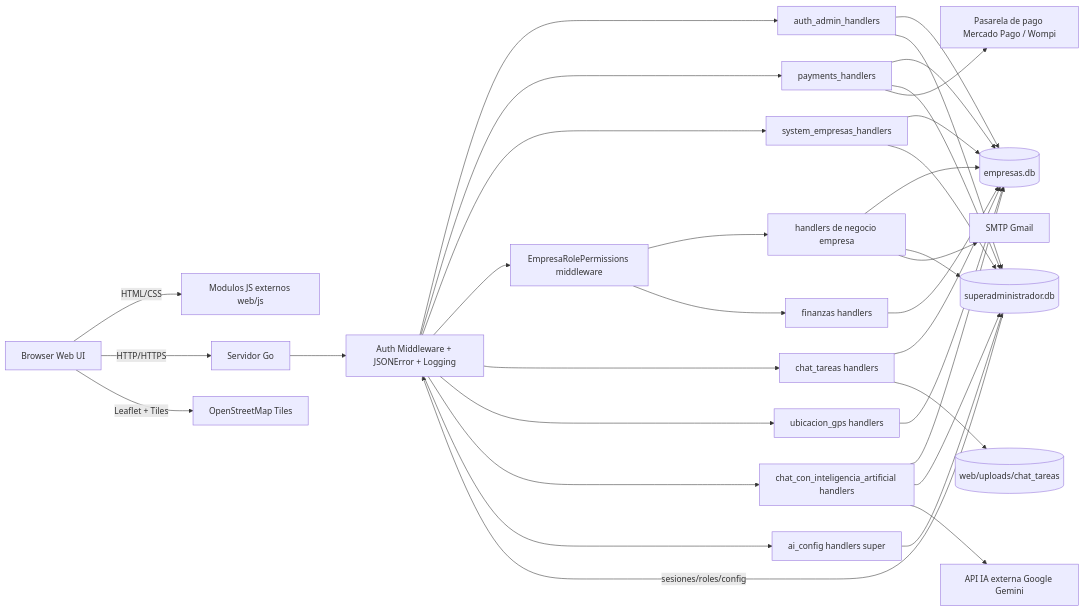
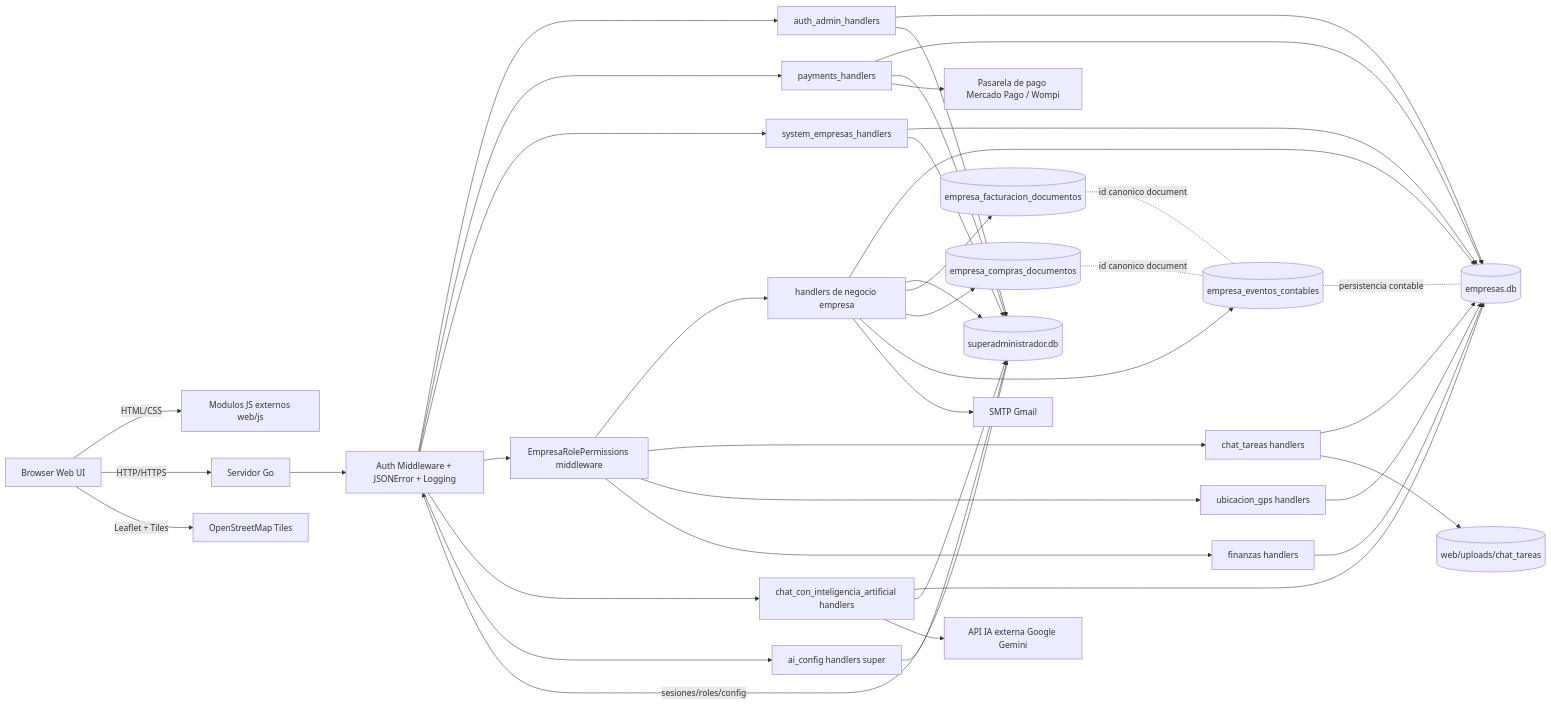
One commit to powerfulcontrolsystem1/powerfulcontrolsystem changed the diagram in documentos/diagramas/diagrama_arquitectura_sistema.md. Above: the diagram before and after it, drawn with Mermaid. The commit also changed other lines of this file and 48 other files, not shown here.

````diff
--- a/documentos/diagramas/diagrama_arquitectura_sistema.md
+++ b/documentos/diagramas/diagrama_arquitectura_sistema.md
@@ -5,61 +5,70 @@
 ```mermaid
 flowchart LR
     U[Browser Web UI]
     JS[Modulos JS externos web/js]
     S[Servidor Go]
     M[Auth Middleware + JSONError + Logging]
     P[EmpresaRolePermissions middleware]
     H1[auth_admin_handlers]
     H2[payments_handlers]
     H3[system_empresas_handlers]
     H4[handlers de negocio empresa]
     H5[chat_tareas handlers]
     H6[ubicacion_gps handlers]
     H7[finanzas handlers]
     H8[chat_con_inteligencia_artificial handlers]
     H9[ai_config handlers super]
     DB1[(empresas.db)]
     DB2[(superadministrador.db)]
+    EVC[(empresa_eventos_contables)]
+    DTF[(empresa_facturacion_documentos)]
+    DTC[(empresa_compras_documentos)]
     FS[(web/uploads/chat_tareas)]
     OSM[OpenStreetMap Tiles]
     SMTP[SMTP Gmail]
     MP[Pasarela de pago Mercado Pago / Wompi]
     AI[API IA externa Google Gemini]
 
     U -->|HTML/CSS| JS
     U -->|HTTP/HTTPS| S
     S --> M
     M --> H1
     M --> H2
     M --> H3
     M --> P
     P --> H4
-    M --> H5
-    M --> H6
+    P --> H5
+    P --> H6
     P --> H7
     M --> H8
     M --> H9
 
     U -->|Leaflet + Tiles| OSM
 
     H1 --> DB1
     H1 --> DB2
     H2 --> DB1
     H2 --> DB2
     H2 --> MP
     H3 --> DB1
     H3 --> DB2
     H4 --> DB1
     H4 --> DB2
+    H4 --> DTF
+    H4 --> DTC
+    H4 --> EVC
     H4 --> SMTP
     H5 --> DB1
     H5 --> FS
     H6 --> DB1
     H7 --> DB1
     H8 --> DB1
     H8 --> DB2
     H9 --> DB2
     H8 --> AI
+    DTF -.id canonico documento.- EVC
+    DTC -.id canonico documento.- EVC
+    EVC -.persistencia contable.- DB1
 
     DB2 -->|sesiones/roles/config| M
 ```
````
